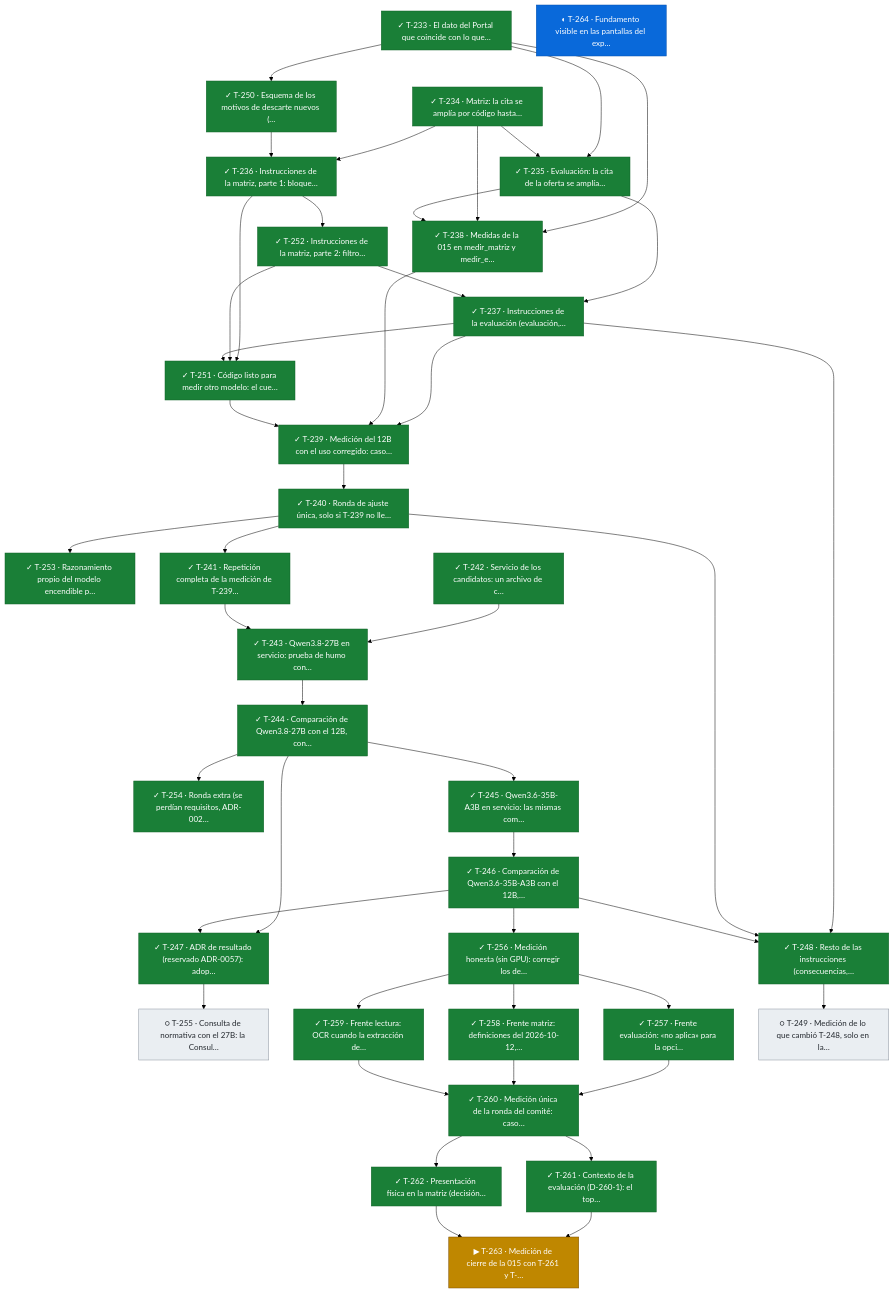
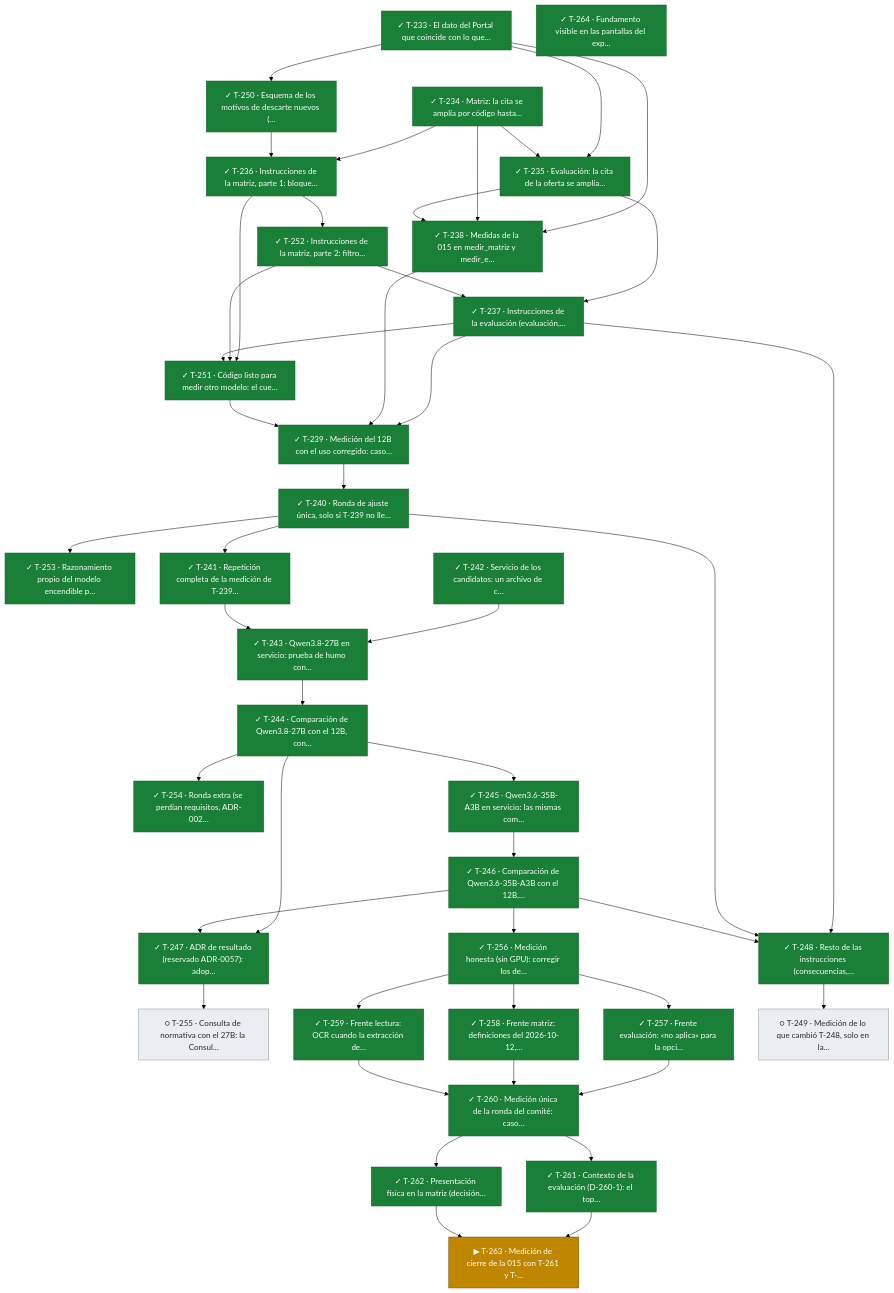
Diagram 17 of 17 in docs/tablero.md (snavello/EVALUON), drawn with Mermaid (forest theme) before and after one commit. The commit also changed other lines of this file and 1 other file, not shown here.

Commit message:
gestión: integra T-264 (fundamento visible del Portal y de la visión en las pantallas y las exportaciones), verificada; suite completa en verde

```diff
--- a/docs/tablero.md
+++ b/docs/tablero.md
@@ -1348,7 +1348,7 @@
   T261["✓ T-261 · Contexto de la evaluación (D-260-1): el top…"]:::done
   T262["✓ T-262 · Presentación física en la matriz (decisión…"]:::done
   T263["▶ T-263 · Medición de cierre de la 015 con T-261 y T-…"]:::active
-  T264["◐ T-264 · Fundamento visible en las pantallas del exp…"]:::review
+  T264["✓ T-264 · Fundamento visible en las pantallas del exp…"]:::done
   T237["✓ T-237 · Instrucciones de la evaluación (evaluación,…"]:::done
   T251["✓ T-251 · Código listo para medir otro modelo: el cue…"]:::done
   T238["✓ T-238 · Medidas de la 015 en medir_matriz y medir_e…"]:::done
```
